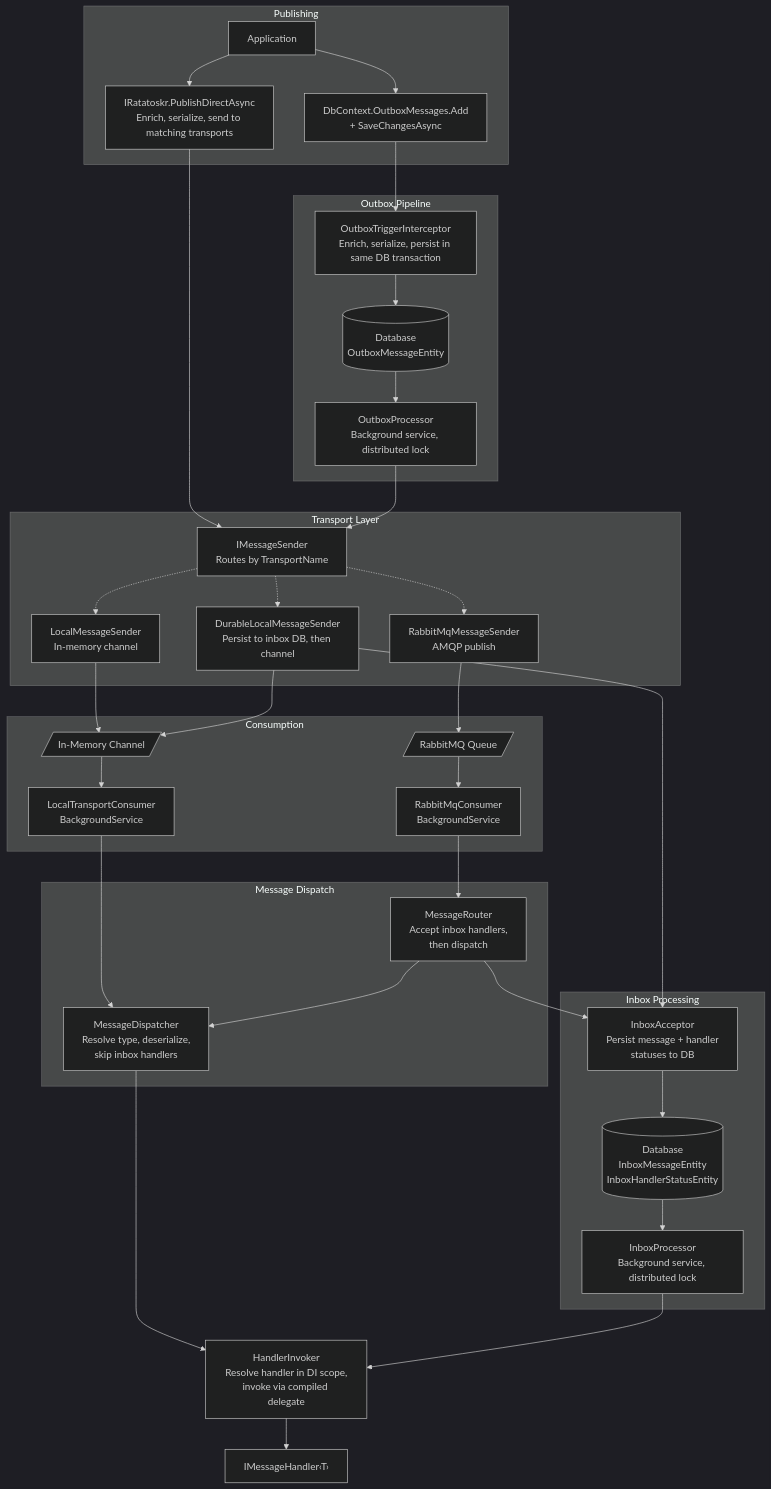
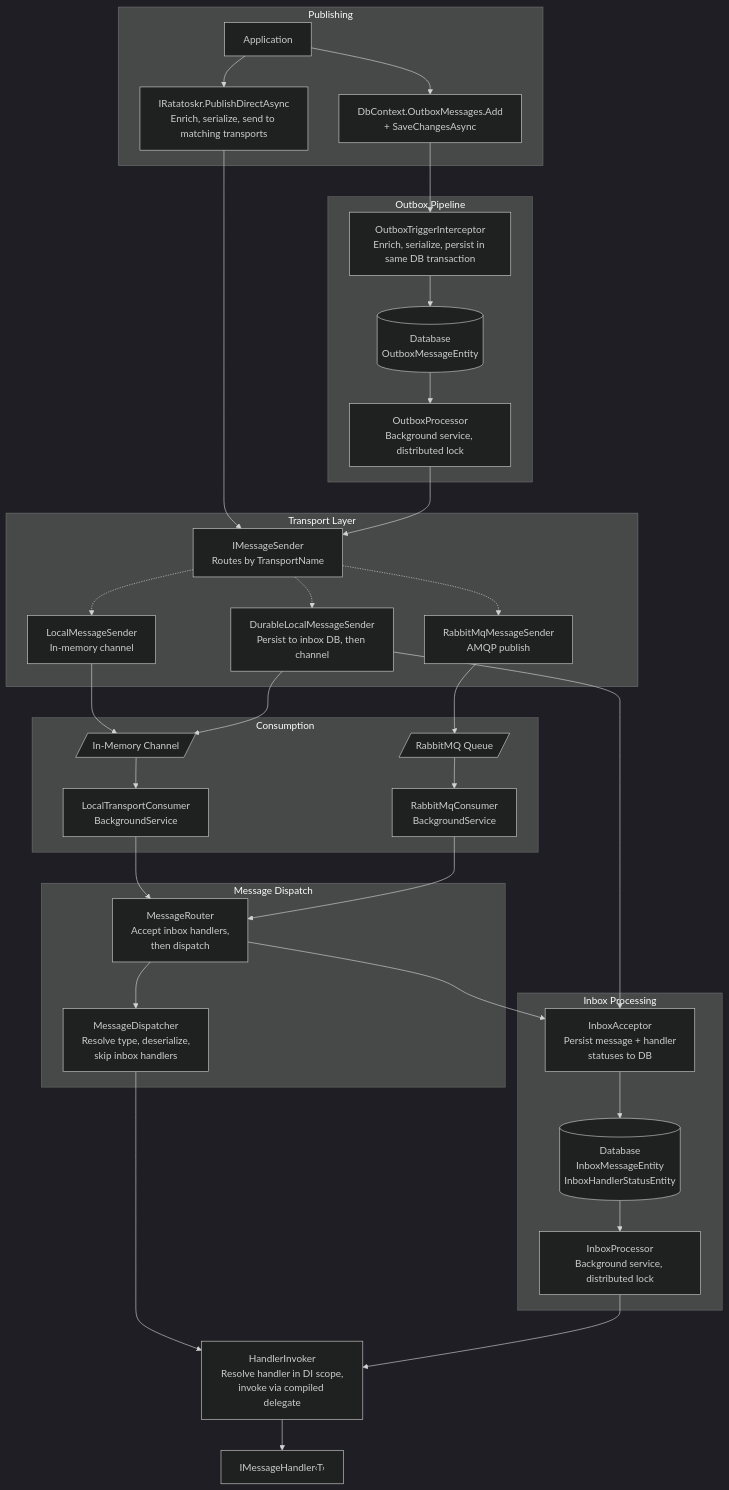
Before and after one commit to saithis/Ratatoskr: the second of 9 diagrams in docs/architecture.md, drawn with Mermaid (dark theme). The commit also changed other lines of this file and 3 other files, not shown here.

Commit message:
use router for local transport as well

````diff
--- a/docs/architecture.md
+++ b/docs/architecture.md
@@ -58,73 +58,73 @@
 ```mermaid
 flowchart TD
     subgraph Publish ["Publishing"]
         App["Application"]
         Direct["IRatatoskr.PublishDirectAsync\nEnrich, serialize, send to matching transports"]
         Outbox["DbContext.OutboxMessages.Add\n+ SaveChangesAsync"]
 
         App --> Direct
         App --> Outbox
     end
 
     subgraph OutboxPipeline ["Outbox Pipeline"]
         Interceptor["OutboxTriggerInterceptor\nEnrich, serialize, persist in same DB transaction"]
         OutboxDB[("Database\nOutboxMessageEntity")]
         OutboxProc["OutboxProcessor\nBackground service, distributed lock"]
 
         Outbox --> Interceptor
         Interceptor --> OutboxDB
         OutboxDB --> OutboxProc
     end
 
     subgraph Transport ["Transport Layer"]
         SenderInterface["IMessageSender\nRoutes by TransportName"]
         Local["LocalMessageSender\nIn-memory channel"]
         Durable["DurableLocalMessageSender\nPersist to inbox DB, then channel"]
         RmqSend["RabbitMqMessageSender\nAMQP publish"]
 
         Direct --> SenderInterface
         OutboxProc --> SenderInterface
         SenderInterface -.-> Local
         SenderInterface -.-> Durable
         SenderInterface -.-> RmqSend
     end
 
     subgraph Consume ["Consumption"]
         InMemCh[/"In-Memory Channel"/]
         RmqQueue[/"RabbitMQ Queue"/]
         LocalConsumer["LocalTransportConsumer\nBackgroundService"]
         RmqConsumer["RabbitMqConsumer\nBackgroundService"]
 
         Local --> InMemCh
         Durable --> InMemCh
         RmqSend --> RmqQueue
         InMemCh --> LocalConsumer
         RmqQueue --> RmqConsumer
     end
 
     subgraph Dispatch ["Message Dispatch"]
         Router["MessageRouter\nAccept inbox handlers,\nthen dispatch"]
         Dispatcher["MessageDispatcher\nResolve type, deserialize,\nskip inbox handlers"]
 
-        LocalConsumer --> Dispatcher
+        LocalConsumer --> Router
         RmqConsumer --> Router
         Router --> Dispatcher
     end
 
     subgraph Inbox ["Inbox Processing"]
         InboxAccept["InboxAcceptor\nPersist message + handler\nstatuses to DB"]
         InboxDB[("Database\nInboxMessageEntity\nInboxHandlerStatusEntity")]
         InboxProc["InboxProcessor\nBackground service, distributed lock"]
 
         Durable --> InboxAccept
         Router --> InboxAccept
         InboxAccept --> InboxDB
         InboxDB --> InboxProc
     end
 
     Invoker["HandlerInvoker\nResolve handler in DI scope,\ninvoke via compiled delegate"]
     Handler["IMessageHandler‹T›"]
     Dispatcher --> Invoker
     InboxProc --> Invoker
     Invoker --> Handler
 ```
````
